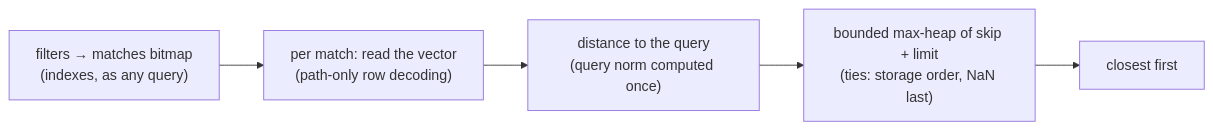
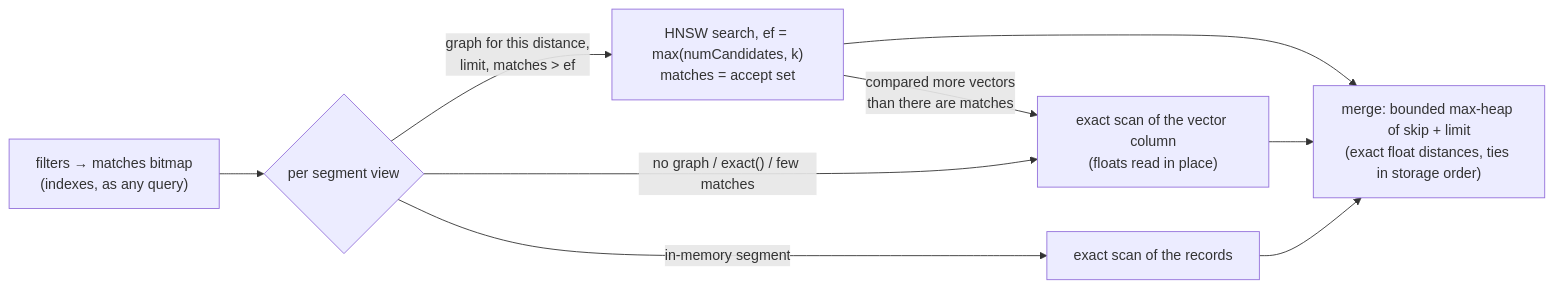
The tenth of 15 diagrams in docs/design.md (paganini2008/kookaburra), drawn with Mermaid before and after one commit. The commit also changed other lines of this file and 163 other files, not shown here.

````diff
--- a/docs/design.md
+++ b/docs/design.md
@@ -675,7 +702,11 @@
 ```mermaid
 flowchart LR
-    F["filters → matches bitmap<br/>(indexes, as any query)"] --> S["per match: read the vector<br/>(path-only row decoding)"]
-    S --> D["distance to the query<br/>(query norm computed once)"]
-    D --> H["bounded max-heap of skip + limit<br/>(ties: storage order, NaN last)"]
-    H --> R["closest first"]
+    F["filters → matches bitmap<br/>(indexes, as any query)"] --> V{"per segment view"}
+    V -->|"graph for this distance,<br/>limit, matches > ef"| H["HNSW search, ef = max(numCandidates, k)<br/>matches = accept set"]
+    H -->|"compared more vectors<br/>than there are matches"| X
+    V -->|"no graph / exact() / few matches"| X["exact scan of the vector column<br/>(floats read in place)"]
+    V -->|"in-memory segment"| R["exact scan of the records"]
+    H --> M["merge: bounded max-heap of skip + limit<br/>(exact float distances, ties in storage order)"]
+    X --> M
+    R --> M
 ```
````
